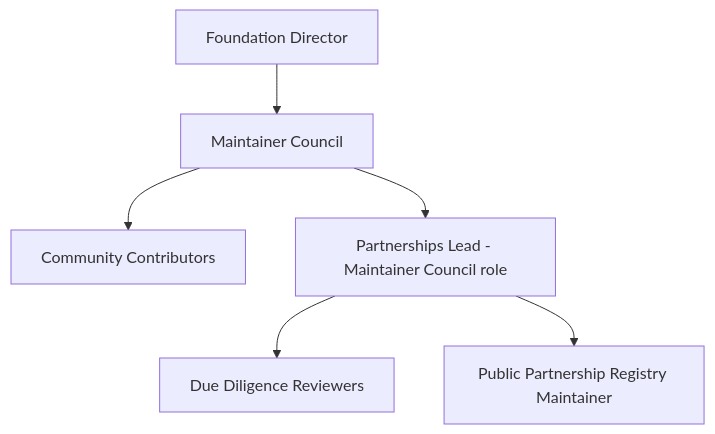
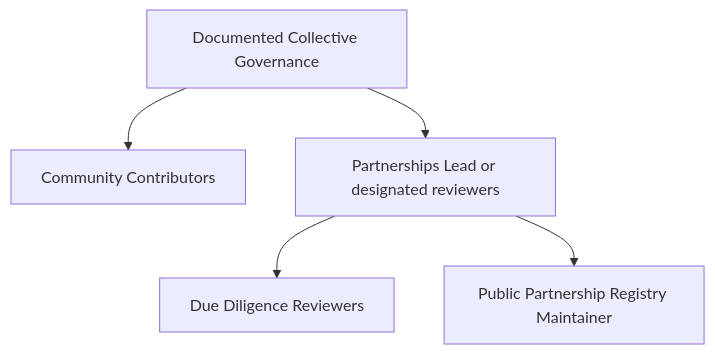
The fourth of 6 diagrams in PARTNERSHIPS.md (Celo-HaiTi/celoht-docs), drawn with Mermaid before and after one commit. The commit also changed other lines of this file and 27 other files, not shown here.

Commit message:
docs: synchronize founder and community governance

````diff
--- a/PARTNERSHIPS.md
+++ b/PARTNERSHIPS.md
@@ -370,8 +370,7 @@
 ```mermaid
 flowchart TD
-    FD[Foundation Director] --> MC[Maintainer Council]
-    MC --> CC[Community Contributors]
-    MC --> PL[Partnerships Lead - Maintainer Council role]
+    CG[Documented Collective Governance] --> CC[Community Contributors]
+    CG --> PL[Partnerships Lead or designated reviewers]
     PL --> DD[Due Diligence Reviewers]
     PL --> REG[Public Partnership Registry Maintainer]
 ```
````
